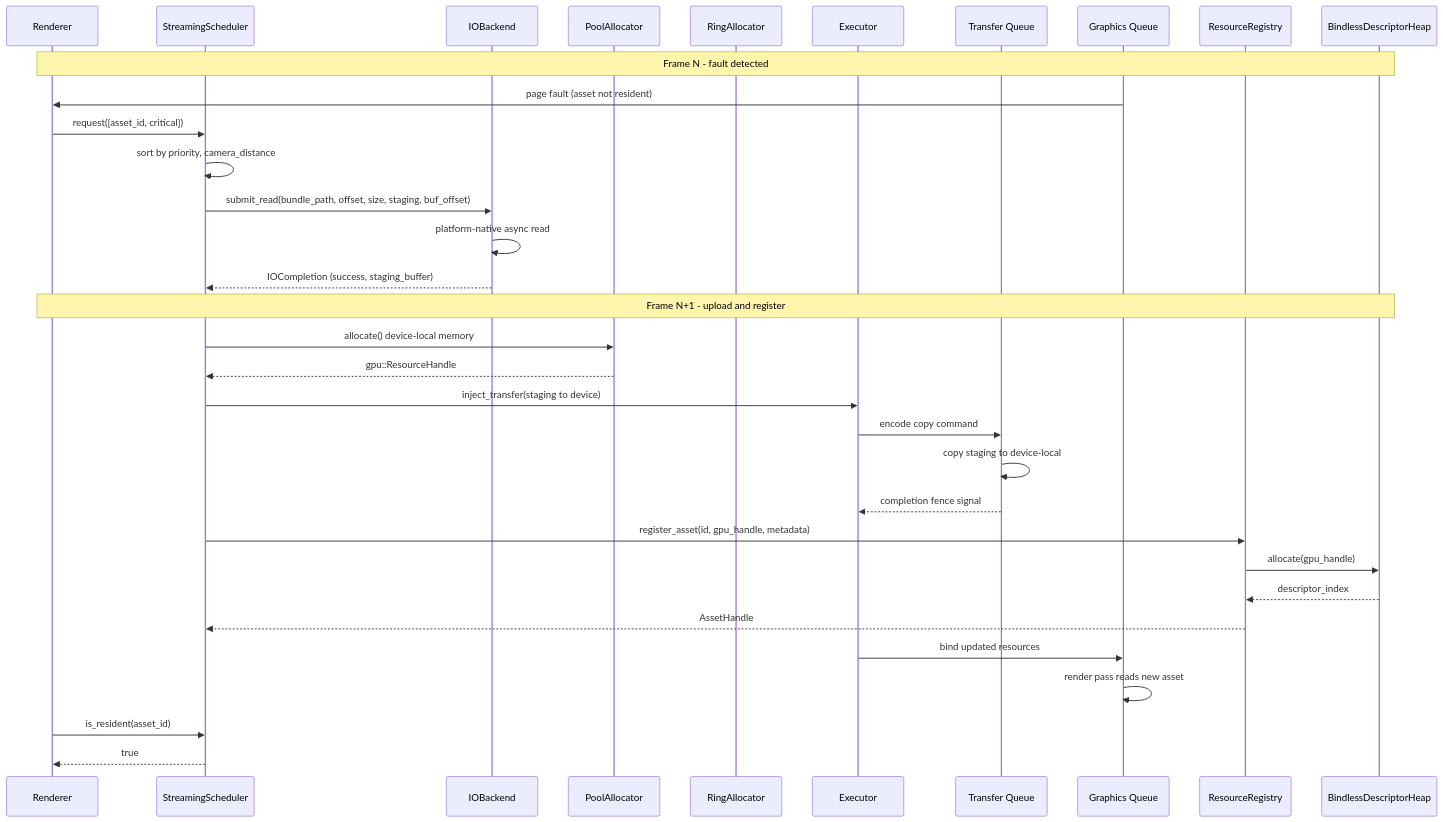
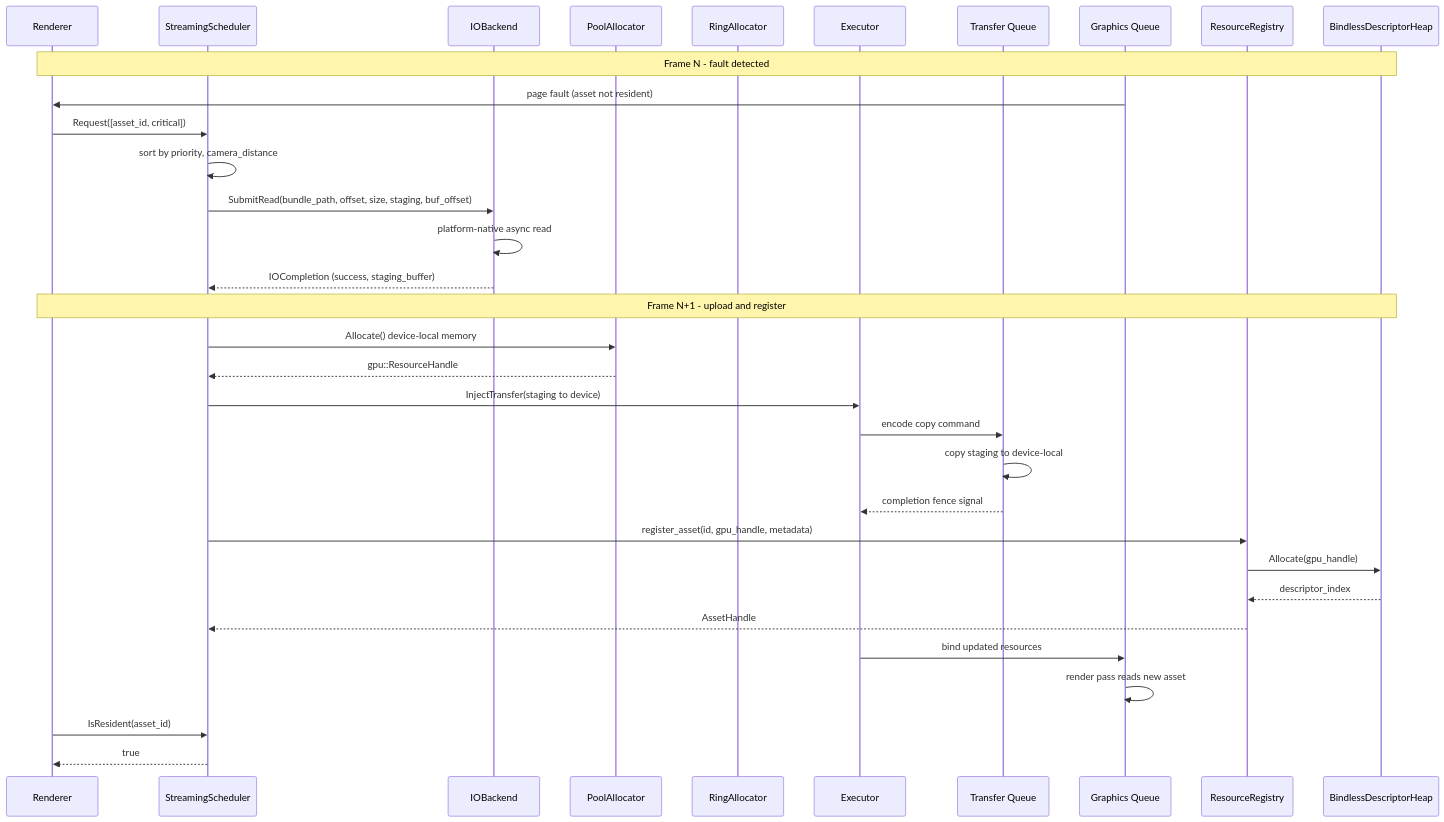
Diagram 11 of 12 in docs/design/asset-pipeline-classes.md (harmonius-dev/harmonius), drawn with Mermaid before and after one commit. The commit also changed other lines of this file and 67 other files, not shown here.

````diff
--- a/docs/design/asset-pipeline-classes.md
+++ b/docs/design/asset-pipeline-classes.md
@@ -486,39 +494,39 @@
 ```mermaid
 sequenceDiagram
     participant Renderer
     participant Sched as StreamingScheduler
     participant IO as IOBackend
     participant Pool as PoolAllocator
     participant Ring as RingAllocator
     participant Exec as Executor
     participant TX as Transfer Queue
     participant GFX as Graphics Queue
     participant Reg as ResourceRegistry
     participant Heap as BindlessDescriptorHeap
 
     Note over Renderer,Heap: Frame N - fault detected
     GFX->>Renderer: page fault (asset not resident)
-    Renderer->>Sched: request([asset_id, critical])
+    Renderer->>Sched: Request([asset_id, critical])
     Sched->>Sched: sort by priority, camera_distance
-    Sched->>IO: submit_read(bundle_path, offset, size, staging, buf_offset)
+    Sched->>IO: SubmitRead(bundle_path, offset, size, staging, buf_offset)
     IO->>IO: platform-native async read
     IO-->>Sched: IOCompletion (success, staging_buffer)
 
     Note over Renderer,Heap: Frame N+1 - upload and register
-    Sched->>Pool: allocate() device-local memory
+    Sched->>Pool: Allocate() device-local memory
     Pool-->>Sched: gpu::ResourceHandle
-    Sched->>Exec: inject_transfer(staging to device)
+    Sched->>Exec: InjectTransfer(staging to device)
     Exec->>TX: encode copy command
     TX->>TX: copy staging to device-local
     TX-->>Exec: completion fence signal
 
     Sched->>Reg: register_asset(id, gpu_handle, metadata)
-    Reg->>Heap: allocate(gpu_handle)
+    Reg->>Heap: Allocate(gpu_handle)
     Heap-->>Reg: descriptor_index
     Reg-->>Sched: AssetHandle
 
     Exec->>GFX: bind updated resources
     GFX->>GFX: render pass reads new asset
-    Renderer->>Sched: is_resident(asset_id)
+    Renderer->>Sched: IsResident(asset_id)
     Sched-->>Renderer: true
 ```
````
